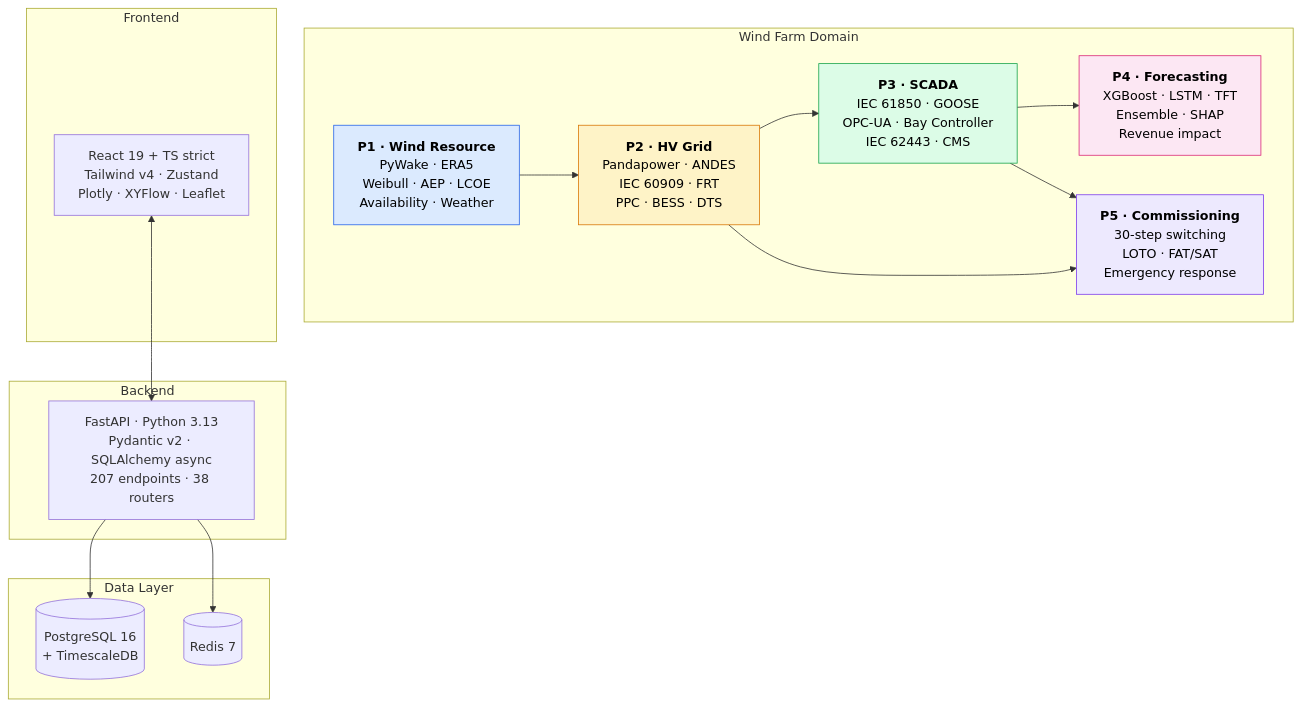
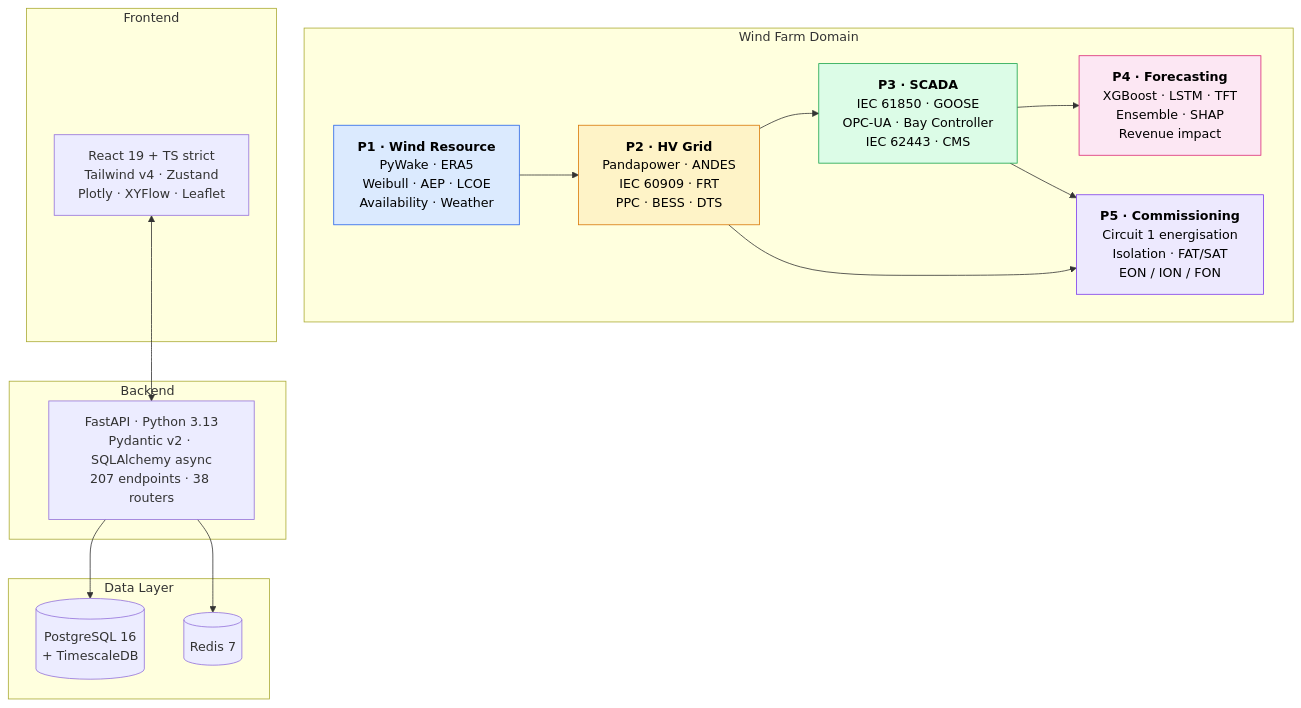
The diagram in README.md (polat-mustafa/baltic-wind-control-system), drawn with Mermaid before and after one commit. The commit also changed other lines of this file and 48 other files, not shown here.

````diff
--- a/README.md
+++ b/README.md
@@ -217,38 +217,38 @@
 ```mermaid
 graph TB
     subgraph "Wind Farm Domain"
         P1["<b>P1 · Wind Resource</b><br/>PyWake · ERA5<br/>Weibull · AEP · LCOE<br/>Availability · Weather"]
         P2["<b>P2 · HV Grid</b><br/>Pandapower · ANDES<br/>IEC 60909 · FRT<br/>PPC · BESS · DTS"]
         P3["<b>P3 · SCADA</b><br/>IEC 61850 · GOOSE<br/>OPC-UA · Bay Controller<br/>IEC 62443 · CMS"]
         P4["<b>P4 · Forecasting</b><br/>XGBoost · LSTM · TFT<br/>Ensemble · SHAP<br/>Revenue impact"]
-        P5["<b>P5 · Commissioning</b><br/>30-step switching<br/>LOTO · FAT/SAT<br/>Emergency response"]
+        P5["<b>P5 · Commissioning</b><br/>Circuit 1 energisation<br/>Isolation · FAT/SAT<br/>EON / ION / FON"]
     end
 
     subgraph "Frontend"
         FE["React 19 + TS strict<br/>Tailwind v4 · Zustand<br/>Plotly · XYFlow · Leaflet"]
     end
 
     subgraph "Backend"
         BE["FastAPI · Python 3.13<br/>Pydantic v2 · SQLAlchemy async<br/>207 endpoints · 38 routers"]
     end
 
     subgraph "Data Layer"
         DB[("PostgreSQL 16<br/>+ TimescaleDB")]
         RD[("Redis 7")]
     end
 
     P1 --> P2 --> P3
     P3 --> P4
     P3 --> P5
     P2 --> P5
 
     FE <--> BE
     BE --> DB
     BE --> RD
 
     style P1 fill:#dbeafe,stroke:#2563eb,color:#000
     style P2 fill:#fef3c7,stroke:#d97706,color:#000
     style P3 fill:#dcfce7,stroke:#16a34a,color:#000
     style P4 fill:#fce7f3,stroke:#db2777,color:#000
     style P5 fill:#ede9fe,stroke:#7c3aed,color:#000
 ```
````
